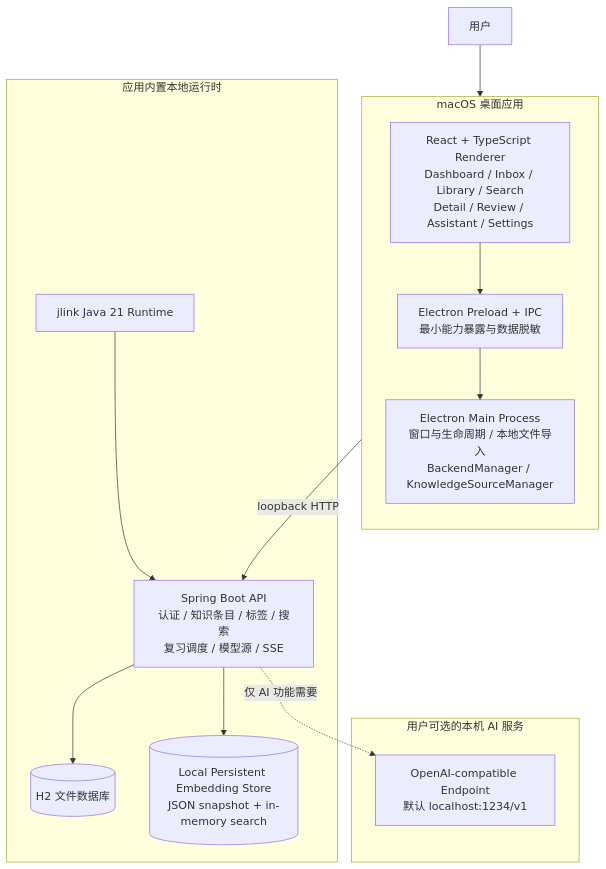
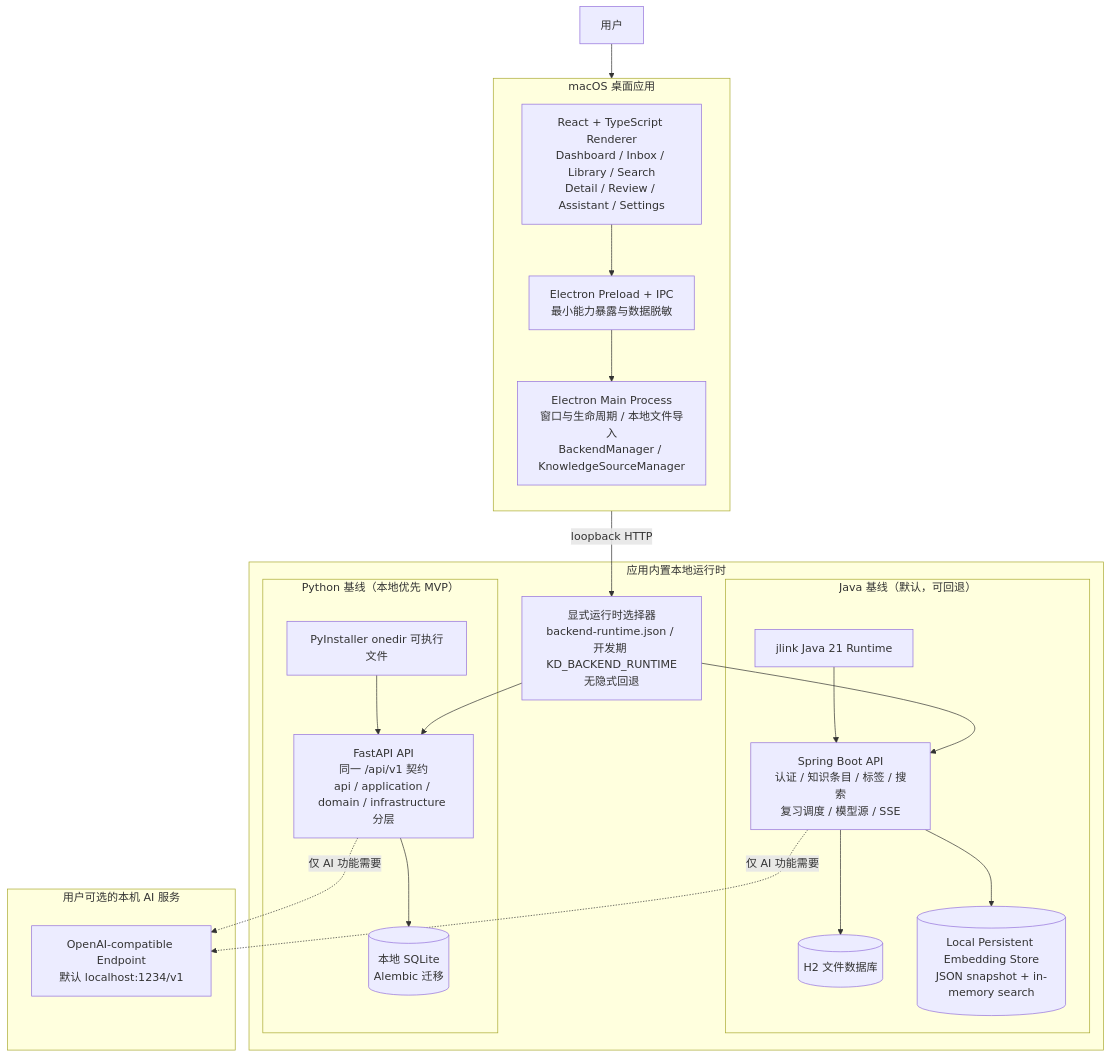
The second of 7 diagrams in PROJECT_SHOWCASE.md (lqq151510/Ai-Agent), drawn with Mermaid before and after one commit. The commit also changed other lines of this file and 4 other files, not shown here.

````diff
--- a/PROJECT_SHOWCASE.md
+++ b/PROJECT_SHOWCASE.md
@@ -28,30 +30,43 @@
 ```mermaid
 flowchart TB
     U[用户]
 
     subgraph Desktop[macOS 桌面应用]
         direction TB
         UI[React + TypeScript Renderer<br/>Dashboard / Inbox / Library / Search<br/>Detail / Review / Assistant / Settings]
         IPC[Electron Preload + IPC<br/>最小能力暴露与数据脱敏]
         MAIN[Electron Main Process<br/>窗口与生命周期 / 本地文件导入<br/>BackendManager / KnowledgeSourceManager]
     end
 
     subgraph LocalRuntime[应用内置本地运行时]
-        API[Spring Boot API<br/>认证 / 知识条目 / 标签 / 搜索<br/>复习调度 / 模型源 / SSE]
-        DB[(H2 文件数据库)]
-        VEC[(Local Persistent Embedding Store<br/>JSON snapshot + in-memory search)]
-        JRE[jlink Java 21 Runtime]
+        SELECTOR[显式运行时选择器<br/>backend-runtime.json / 开发期 KD_BACKEND_RUNTIME<br/>无隐式回退]
+        subgraph JavaBaseline[Java 基线（默认，可回退）]
+            API[Spring Boot API<br/>认证 / 知识条目 / 标签 / 搜索<br/>复习调度 / 模型源 / SSE]
+            DB[(H2 文件数据库)]
+            VEC[(Local Persistent Embedding Store<br/>JSON snapshot + in-memory search)]
+            JRE[jlink Java 21 Runtime]
+        end
+        subgraph PythonBaseline[Python 基线（本地优先 MVP）]
+            PAPI[FastAPI API<br/>同一 /api/v1 契约<br/>api / application / domain / infrastructure 分层]
+            PDB[(本地 SQLite<br/>Alembic 迁移)]
+            PBIN[PyInstaller onedir 可执行文件]
+        end
     end
 
     subgraph OptionalAI[用户可选的本机 AI 服务]
         MODEL[OpenAI-compatible Endpoint<br/>默认 localhost:1234/v1]
     end
 
     U --> UI
     UI --> IPC --> MAIN
-    MAIN -->|loopback HTTP| API
+    MAIN -->|loopback HTTP| SELECTOR
+    SELECTOR --> API
+    SELECTOR --> PAPI
     JRE --> API
     API --> DB
     API --> VEC
+    PBIN --> PAPI
+    PAPI --> PDB
     API -.->|仅 AI 功能需要| MODEL
+    PAPI -.->|仅 AI 功能需要| MODEL
 ```
````
